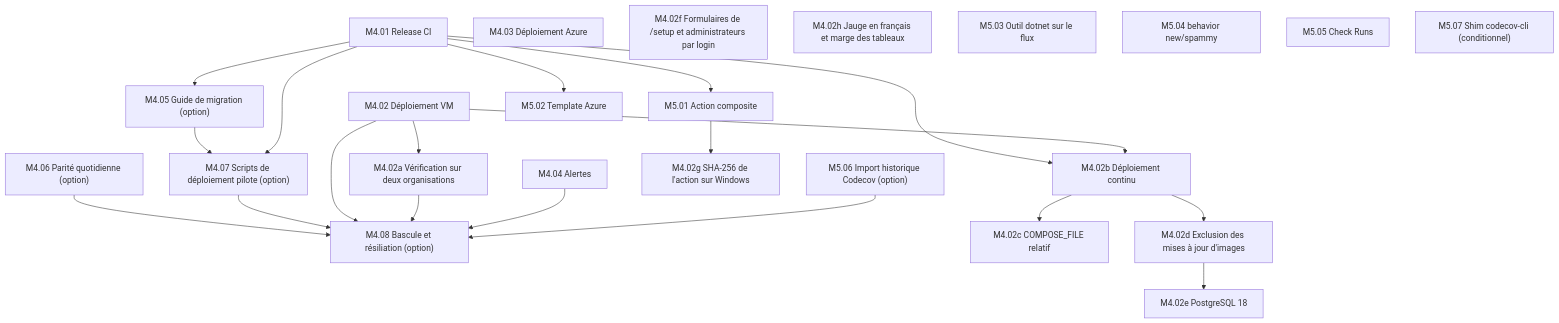
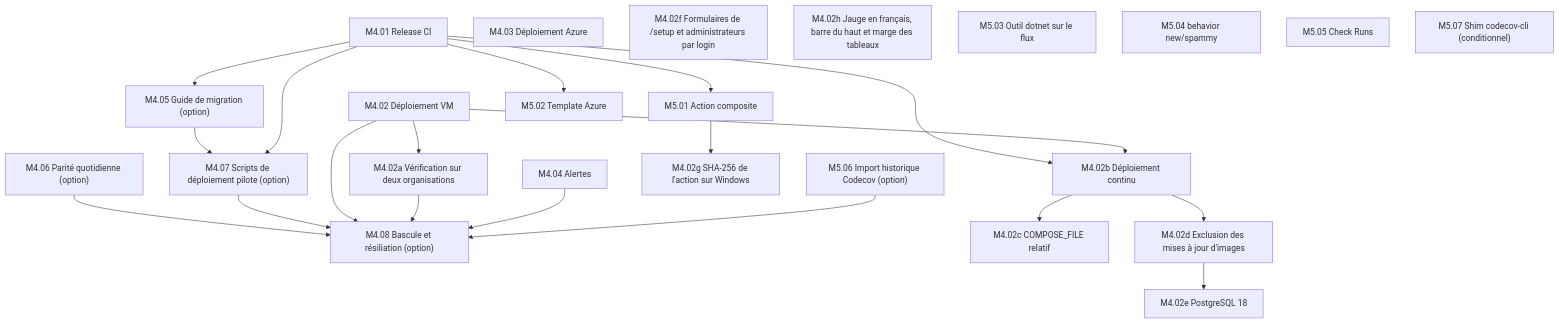
The sixth of 6 diagrams in docs/PLAN.md (gaetanthouvenin/code-coverage), drawn with Mermaid before and after one commit. The commit also changed other lines of this file and 3 other files, not shown here.

````diff
--- a/docs/PLAN.md
+++ b/docs/PLAN.md
@@ -431,31 +431,31 @@
 ```mermaid
 graph TD
   M4_01["M4.01 Release CI"]
   M4_02["M4.02 Déploiement VM"]
   M4_03["M4.03 Déploiement Azure"]
   M4_04["M4.04 Alertes"]
   M4_05["M4.05 Guide de migration (option)"] --> M4_07["M4.07 Scripts de déploiement pilote (option)"]
   M4_06["M4.06 Parité quotidienne (option)"] --> M4_08["M4.08 Bascule et résiliation (option)"]
   M4_07 --> M4_08
   M4_01 --> M4_07
   M4_01 --> M4_05
   M4_02 --> M4_08
   M4_02 --> M4_02a["M4.02a Vérification sur deux organisations"]
   M4_01 --> M4_02b["M4.02b Déploiement continu"]
   M4_02 --> M4_02b
   M4_02b --> M4_02c["M4.02c COMPOSE_FILE relatif"]
   M4_02b --> M4_02d["M4.02d Exclusion des mises à jour d'images"]
   M4_02d --> M4_02e["M4.02e PostgreSQL 18"]
   M4_02f["M4.02f Formulaires de /setup et administrateurs par login"]
   M5_01 --> M4_02g["M4.02g SHA-256 de l'action sur Windows"]
-  M4_02h["M4.02h Jauge en français et marge des tableaux"]
+  M4_02h["M4.02h Jauge en français, barre du haut et marge des tableaux"]
   M4_02a --> M4_08
   M4_04 --> M4_08
   M4_01 --> M5_01["M5.01 Action composite"]
   M4_01 --> M5_02["M5.02 Template Azure"]
   M5_03["M5.03 Outil dotnet sur le flux"]
   M5_04["M5.04 behavior new/spammy"]
   M5_05["M5.05 Check Runs"]
   M5_06["M5.06 Import historique Codecov (option)"] --> M4_08
   M5_07["M5.07 Shim codecov-cli (conditionnel)"]
 ```
````
